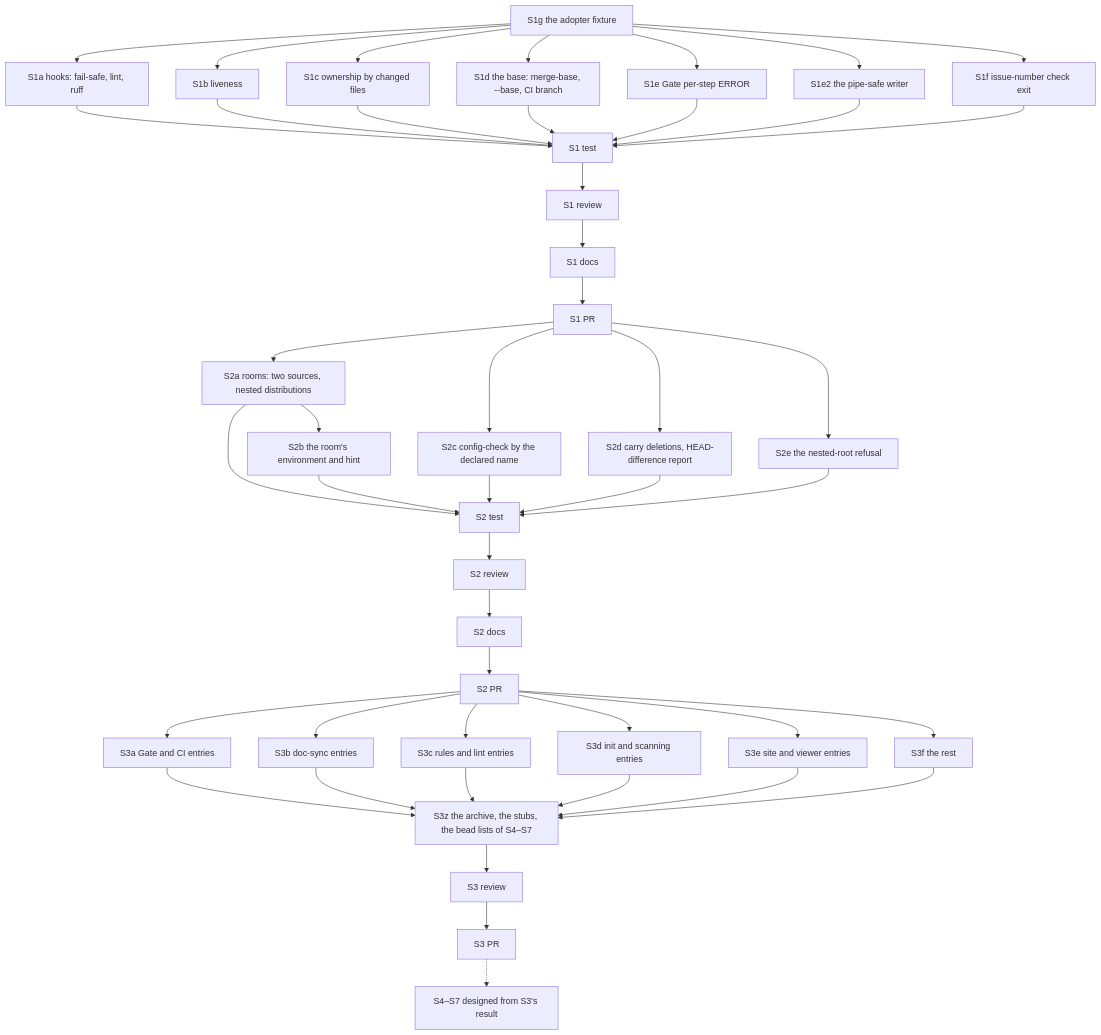
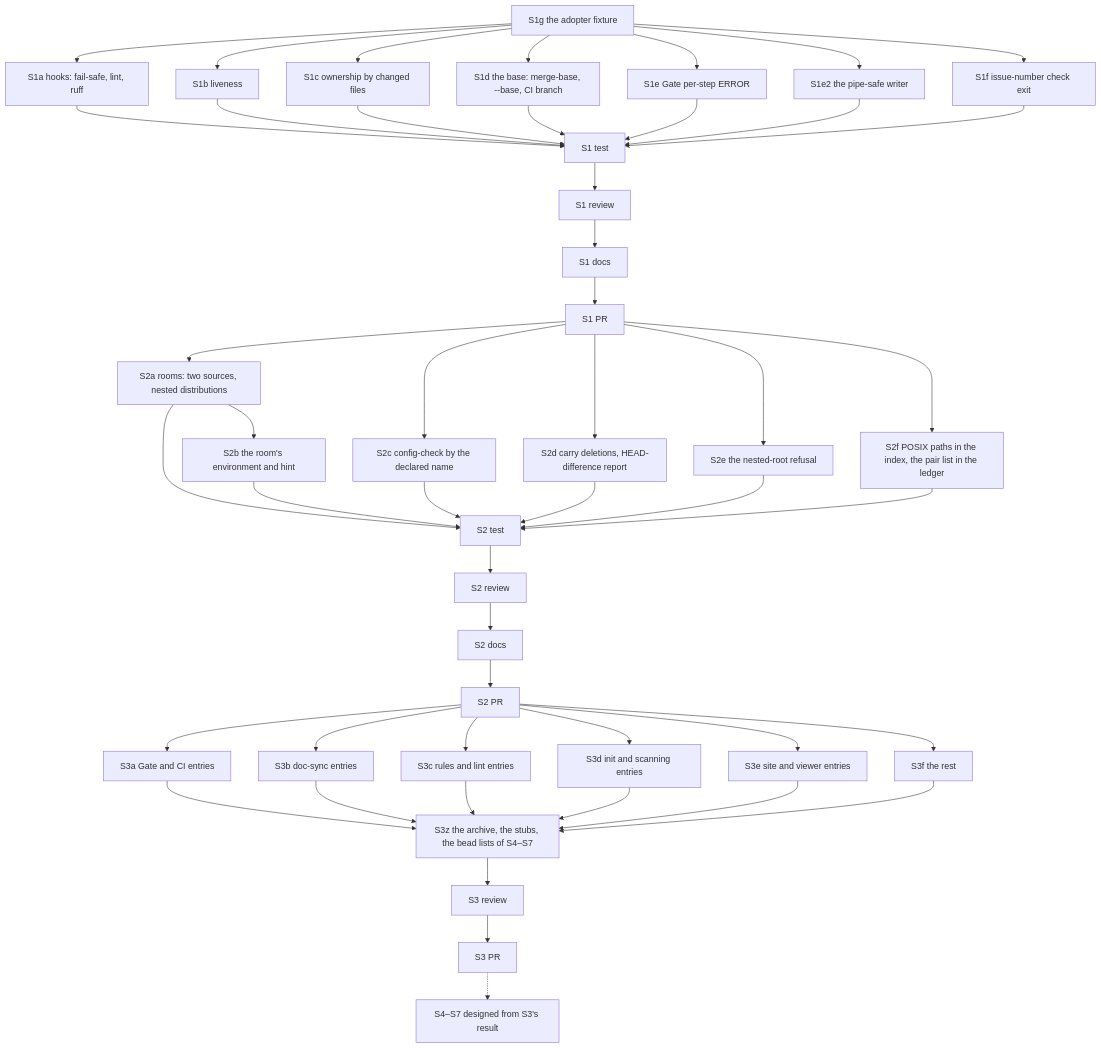
One commit to zoologov/beadloom changed the diagram in .claude/development/docs/features/BDL-083/PLAN.md. Above: the diagram before and after it, drawn with Mermaid. The commit also changed other lines of this file and 5 other files, not shown here.

First line of the commit message:
[BDL-083] docs: BDL-UX #353 taken into the epic as S2f by the owner — D11: indexed paths are POSIX on every platform, source: normalised before matching, the surface ledger names its pairs

````diff
--- a/.claude/development/docs/features/BDL-083/PLAN.md
+++ b/.claude/development/docs/features/BDL-083/PLAN.md
@@ -17,43 +17,45 @@
 ```mermaid
 graph TD
     S1g[S1g the adopter fixture] --> S1a[S1a hooks: fail-safe, lint, ruff]
     S1g --> S1b[S1b liveness]
     S1g --> S1c[S1c ownership by changed files]
     S1g --> S1d[S1d the base: merge-base, --base, CI branch]
     S1g --> S1e[S1e Gate per-step ERROR]
     S1g --> S1e2[S1e2 the pipe-safe writer]
     S1g --> S1f[S1f issue-number check exit]
     S1a --> S1T[S1 test]
     S1b --> S1T
     S1c --> S1T
     S1d --> S1T
     S1e --> S1T
     S1e2 --> S1T
     S1f --> S1T
     S1T --> S1R[S1 review] --> S1W[S1 docs] --> S1P[S1 PR]
     S1P --> S2a[S2a rooms: two sources, nested distributions]
     S1P --> S2c[S2c config-check by the declared name]
     S1P --> S2d[S2d carry deletions, HEAD-difference report]
     S1P --> S2e[S2e the nested-root refusal]
+    S1P --> S2f[S2f POSIX paths in the index, the pair list in the ledger]
     S2a --> S2b[S2b the room's environment and hint]
     S2a --> S2T[S2 test]
     S2b --> S2T
     S2c --> S2T
     S2d --> S2T
     S2e --> S2T
+    S2f --> S2T
     S2T --> S2R[S2 review] --> S2W[S2 docs] --> S2P[S2 PR]
     S2P --> S3a[S3a Gate and CI entries]
     S2P --> S3b[S3b doc-sync entries]
     S2P --> S3c[S3c rules and lint entries]
     S2P --> S3d[S3d init and scanning entries]
     S2P --> S3e[S3e site and viewer entries]
     S2P --> S3f[S3f the rest]
     S3a --> S3z[S3z the archive, the stubs, the bead lists of S4–S7]
     S3b --> S3z
     S3c --> S3z
     S3d --> S3z
     S3e --> S3z
     S3f --> S3z
     S3z --> S3R[S3 review] --> S3P[S3 PR]
     S3P -.-> S4[S4–S7 designed from S3's result]
 ```
````
